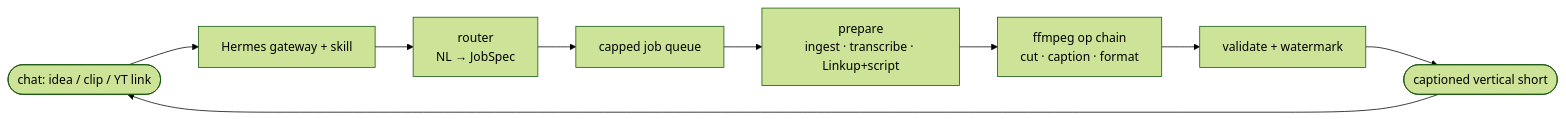
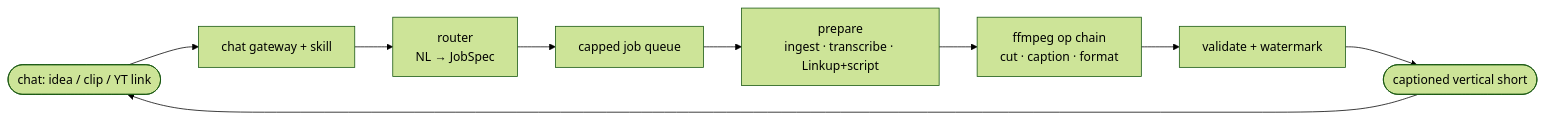
The first of 2 diagrams in backend/README.md (Pulkit7070/lazyclip), drawn with Mermaid (forest theme) before and after one commit. The commit also changed other lines of this file and 16 other files, not shown here.

````diff
--- a/backend/README.md
+++ b/backend/README.md
@@ -37,11 +37,11 @@
 ```mermaid
 flowchart LR
-  U([chat: idea / clip / YT link]) --> H[Hermes gateway + skill]
+  U([chat: idea / clip / YT link]) --> H[chat gateway + skill]
   H --> R[router<br/>NL → JobSpec]
   R --> Q[capped job queue]
   Q --> P[prepare<br/>ingest · transcribe · Linkup+script]
   P --> F[ffmpeg op chain<br/>cut · caption · format]
   F --> V[validate + watermark]
   V --> O([captioned vertical short])
   O --> U
 ```
````
